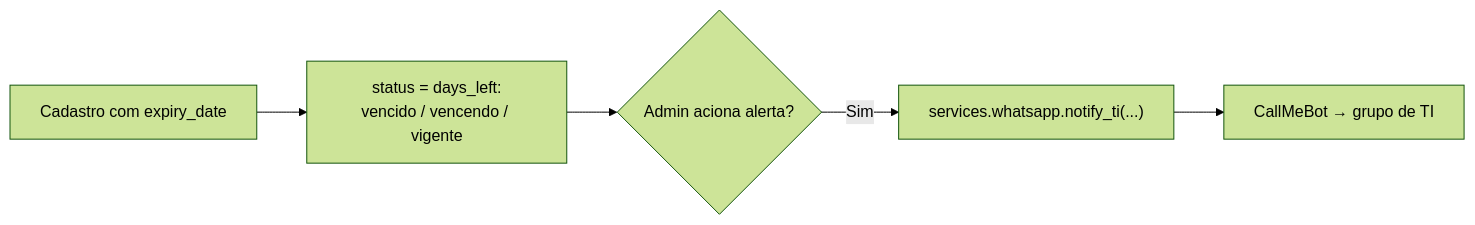
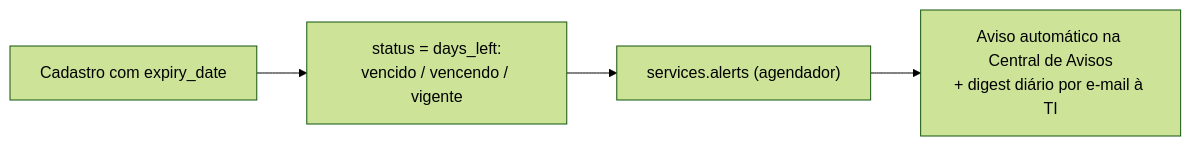
Before and after one commit to nerdGG094/InvenSync: diagram 12 of 23 in docs/DOCUMENTACAO.md, drawn with Mermaid (forest theme). The commit also changed other lines of this file and 1 other file, not shown here.

First line of the commit message:
docs: remove CallMeBot/WhatsApp e atualiza para o estado atual

````diff
--- a/docs/DOCUMENTACAO.md
+++ b/docs/DOCUMENTACAO.md
@@ -725,7 +733,6 @@
 ```mermaid
 flowchart LR
     A["Cadastro com expiry_date"] --> B["status = days_left:<br/>vencido / vencendo / vigente"]
-    B --> C{"Admin aciona alerta?"}
-    C -->|Sim| D["services.whatsapp.notify_ti(...)"]
-    D --> E["CallMeBot → grupo de TI"]
+    B --> C["services.alerts (agendador)"]
+    C --> D["Aviso automático na Central de Avisos<br/>+ digest diário por e-mail à TI"]
 ```
````
